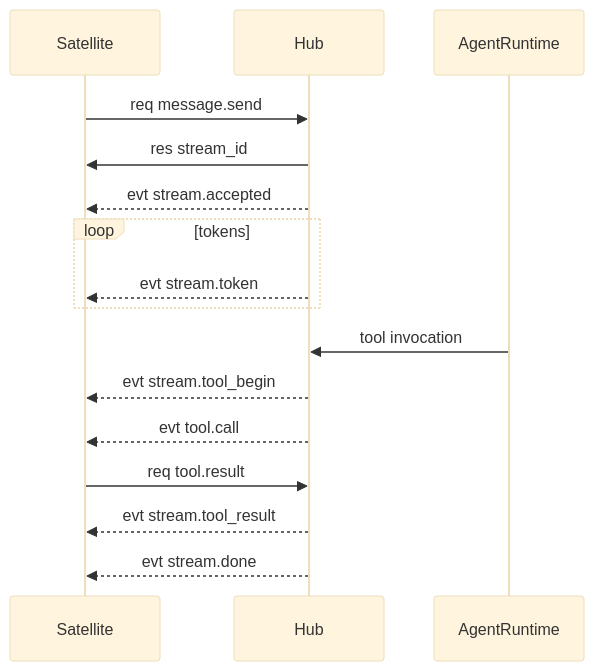
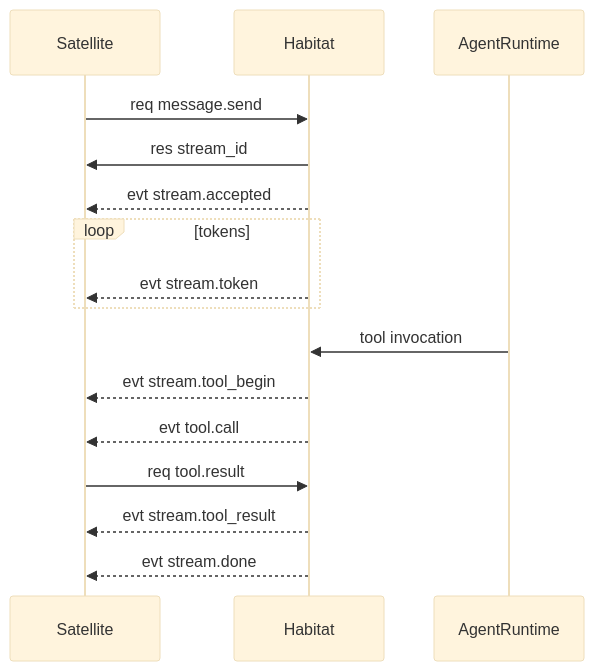
The first of 2 diagrams in docs/sap/events.md (freeanima-org/freeanima), drawn with Mermaid (base theme) before and after one commit. The commit also changed other lines of this file and 933 other files, not shown here.

````diff
--- a/docs/sap/events.md
+++ b/docs/sap/events.md
@@ -13,19 +13,19 @@
 ```mermaid
 sequenceDiagram
   participant Sat as Satellite
-  participant Hub as Hub
+  participant Habitat as Habitat
   participant Agent as AgentRuntime
 
-  Sat->>Hub: req message.send
-  Hub->>Sat: res stream_id
-  Hub-->>Sat: evt stream.accepted
+  Sat->>Habitat: req message.send
+  Habitat->>Sat: res stream_id
+  Habitat-->>Sat: evt stream.accepted
   loop tokens
-    Hub-->>Sat: evt stream.token
+    Habitat-->>Sat: evt stream.token
   end
-  Agent->>Hub: tool invocation
-  Hub-->>Sat: evt stream.tool_begin
-  Hub-->>Sat: evt tool.call
-  Sat->>Hub: req tool.result
-  Hub-->>Sat: evt stream.tool_result
-  Hub-->>Sat: evt stream.done
+  Agent->>Habitat: tool invocation
+  Habitat-->>Sat: evt stream.tool_begin
+  Habitat-->>Sat: evt tool.call
+  Sat->>Habitat: req tool.result
+  Habitat-->>Sat: evt stream.tool_result
+  Habitat-->>Sat: evt stream.done
 ```
````
